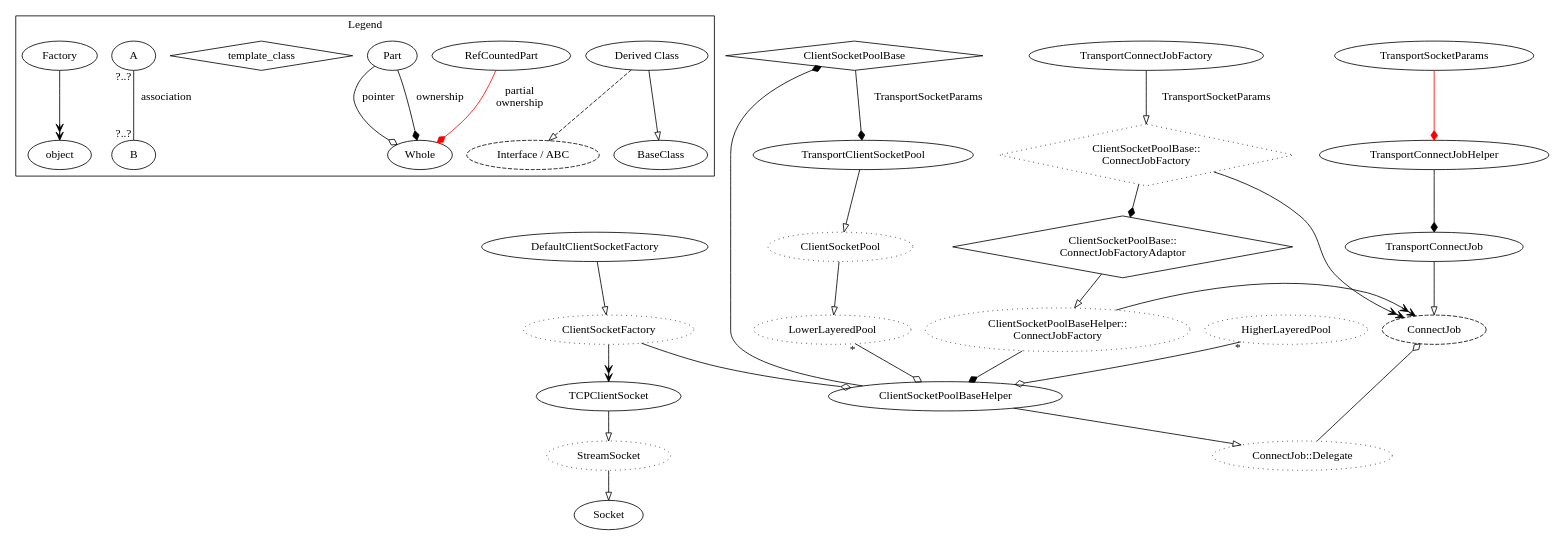
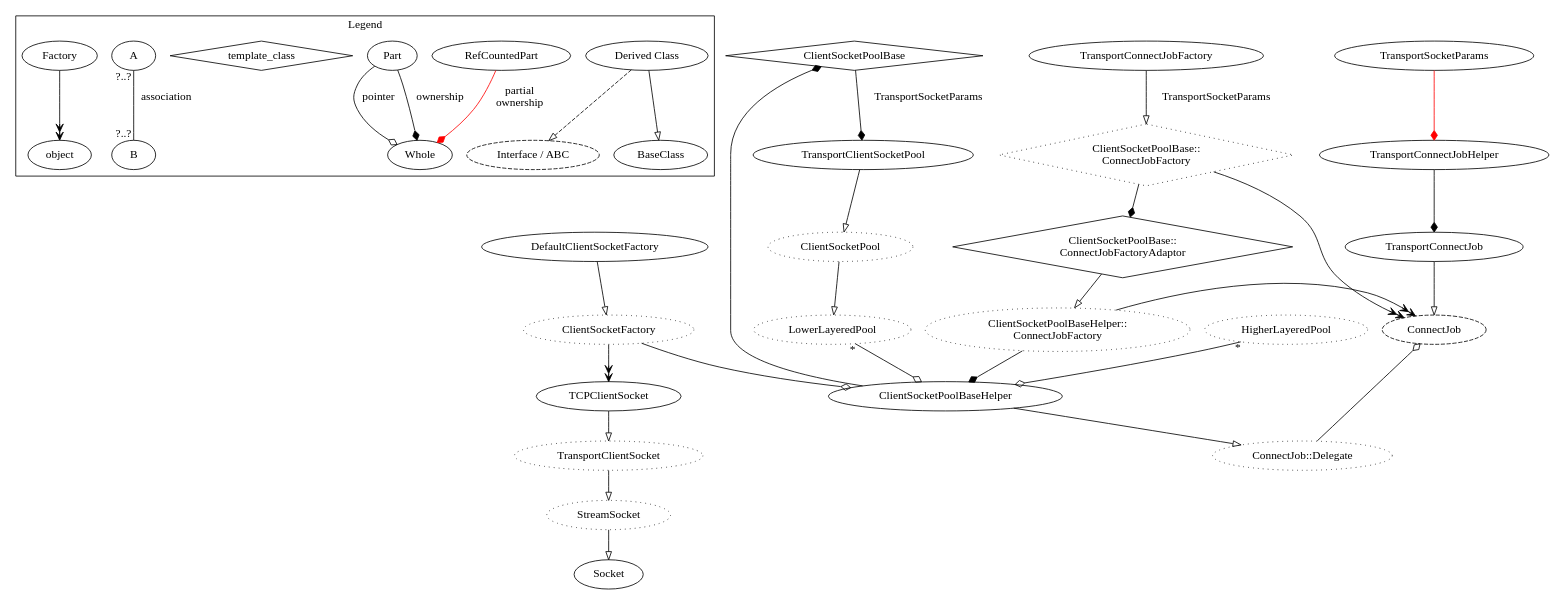
The diagram in src/3rdparty/chromium/net/docs/pools.dot (psmedley/qt6-webengine-os2), drawn with Graphviz before and after one commit. The commit also changed 96978 other files, not shown here.

```diff
--- a/src/3rdparty/chromium/net/docs/pools.dot
+++ b/src/3rdparty/chromium/net/docs/pools.dot
@@ -1,100 +1,102 @@
 digraph SocketPools {
     subgraph cluster_legend {
 	label="Legend";
 
 	## The following legend is an attempt to match UML notation,
 	## except for template_class and Factory->object, which are
 	## invented for this diagram.
 	BaseClass;
 	SubClass [label="Derived Class"];
 	Whole;
 	Part;
 	A;
 	B;
 	Interface [label="Interface / ABC", style=dashed];
 	template_class [shape=diamond]; # Link will name parameter(s)
 
 	SubClass -> BaseClass [arrowhead="empty"];
 	SubClass -> Interface [arrowhead="empty", style=dashed];
 	Part -> Whole [arrowhead="diamond", label="ownership"];
 	Part -> Whole [arrowhead="odiamond", label="pointer"];
 	RefCountedPart -> Whole [arrowhead="diamond", color=red,
 		                 label="partial\nownership"];
 	A -> B [arrowhead="none", headlabel="?..?", taillabel="?..?",
 		label="association"];
 	// Often a "subgraph { rank=same; .. }" is used to wrap the
 	// below to make the generative relationship distinctive
 	// from the other class relationships.
 	Factory -> object [arrowhead=veevee];
     };
 
     ClientSocketPoolBase [shape=diamond];
     ClientSocketPoolBaseHelper;
 
     ClientSocketPoolBaseHelper_ConnectJobFactory
         [style=dotted, label="ClientSocketPoolBaseHelper::\nConnectJobFactory"];
     ClientSocketPoolBase_ConnectJobFactory
         [style=dotted, shape=diamond,
 	 label="ClientSocketPoolBase::\nConnectJobFactory"];
     ClientSocketPoolBase_ConnectJobFactoryAdaptor
         [shape=diamond,
 	 label="ClientSocketPoolBase::\nConnectJobFactoryAdaptor"];
 
     HigherLayeredPool [style=dotted];
     LowerLayeredPool [style=dotted];
     ClientSocketPool [style=dotted];
 
     ConnectJob [style=dashed];
     ConnectJob_Delegate [style=dotted, label="ConnectJob::Delegate"];
 
     ClientSocketFactory [style=dotted];
     DefaultClientSocketFactory;
     TCPClientSocket;
+    TransportClientSocket [style=dotted]
     StreamSocket [style=dotted]
     Socket;
 
     TransportSocketParams;
     TransportConnectJobHelper;
     TransportConnectJobFactory;
     TransportConnectJob;
 
     TransportClientSocketPool -> ClientSocketPool [arrowhead=empty];
     ClientSocketPool -> LowerLayeredPool [arrowhead=empty];
     ClientSocketPoolBaseHelper -> ConnectJob_Delegate [arrowhead=empty];
     TransportConnectJobFactory -> ClientSocketPoolBase_ConnectJobFactory
         [arrowhead=empty, label="TransportSocketParams"];
     ClientSocketPoolBase_ConnectJobFactoryAdaptor ->
         ClientSocketPoolBaseHelper_ConnectJobFactory
  	    [arrowhead=empty, arrowtail=none];
     TransportConnectJob -> ConnectJob [arrowhead=empty];
     DefaultClientSocketFactory -> ClientSocketFactory [arrowhead=empty];
     StreamSocket -> Socket [arrowhead=empty]
-    TCPClientSocket -> StreamSocket [arrowhead=empty]
+    TCPClientSocket -> TransportClientSocket [arrowhead=empty]
+    TransportClientSocket -> StreamSocket [arrowhead=empty]
 
     ClientSocketPoolBaseHelper -> ClientSocketPoolBase [arrowhead=diamond];
     ClientSocketPoolBase -> TransportClientSocketPool
         [arrowhead=diamond, label="TransportSocketParams"];
     ClientSocketPoolBase_ConnectJobFactory ->
         ClientSocketPoolBase_ConnectJobFactoryAdaptor [arrowhead=diamond];
     ClientSocketPoolBaseHelper_ConnectJobFactory -> 
         ClientSocketPoolBaseHelper [arrowhead=diamond];
     TransportConnectJobHelper -> TransportConnectJob [arrowhead=diamond];
     TransportSocketParams -> TransportConnectJobHelper
         [arrowhead=diamond, color=red];
 
     ConnectJob -> ConnectJob_Delegate
         [dir=back, arrowhead=none, arrowtail=odiamond];
     HigherLayeredPool -> ClientSocketPoolBaseHelper
         [arrowhead=odiamond, taillabel="*"];
     LowerLayeredPool -> ClientSocketPoolBaseHelper
         [arrowhead=odiamond, taillabel="*"];
     ClientSocketFactory -> ClientSocketPoolBaseHelper [arrowhead=odiamond];
 
     subgraph {
         rank=same;
         ClientSocketPoolBaseHelper_ConnectJobFactory -> ConnectJob
             [arrowhead=veevee];
     }
     ClientSocketPoolBase_ConnectJobFactory -> ConnectJob [arrowhead=veevee];
     ClientSocketFactory -> TCPClientSocket [arrowhead=veevee]
 }
```
